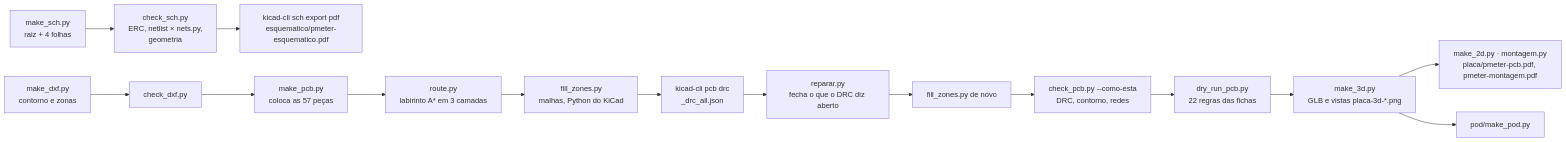
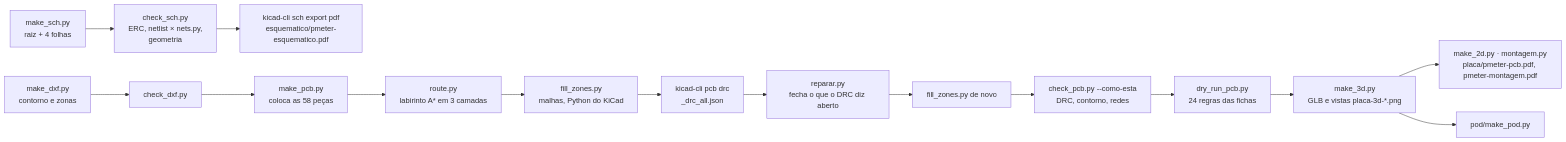
Before and after one commit to Guiimartinho/bike-powermeter: the diagram in hardware_powermeter/cad/README.md, drawn with Mermaid. The commit also changed other lines of this file and 5 other files, not shown here.

````diff
--- a/hardware_powermeter/cad/README.md
+++ b/hardware_powermeter/cad/README.md
@@ -20,17 +21,17 @@
 ```mermaid
 flowchart LR
     SCH["make_sch.py<br/>raiz + 4 folhas"] --> CSCH["check_sch.py<br/>ERC, netlist × nets.py,<br/>geometria"]
     CSCH --> PDF["kicad-cli sch export pdf<br/>esquematico/pmeter-esquematico.pdf"]
     DXF["make_dxf.py<br/>contorno e zonas"] --> CDXF["check_dxf.py"]
-    CDXF --> PCB["make_pcb.py<br/>coloca as 57 peças"]
+    CDXF --> PCB["make_pcb.py<br/>coloca as 58 peças"]
     PCB --> ROUTE["route.py<br/>labirinto A* em 3 camadas"]
     ROUTE --> FILL["fill_zones.py<br/>malhas, Python do KiCad"]
     FILL --> DRC1["kicad-cli pcb drc<br/>_drc_all.json"]
     DRC1 --> REP["reparar.py<br/>fecha o que o DRC diz aberto"]
     REP --> FILL2["fill_zones.py de novo"]
     FILL2 --> CPCB["check_pcb.py --como-esta<br/>DRC, contorno, redes"]
-    CPCB --> DRY["dry_run_pcb.py<br/>22 regras das fichas"]
+    CPCB --> DRY["dry_run_pcb.py<br/>24 regras das fichas"]
     DRY --> M3D["make_3d.py<br/>GLB e vistas placa-3d-*.png"]
     M3D --> M2D["make_2d.py · montagem.py<br/>placa/pmeter-pcb.pdf, pmeter-montagem.pdf"]
     M3D --> POD["pod/make_pod.py"]
 ```
````
